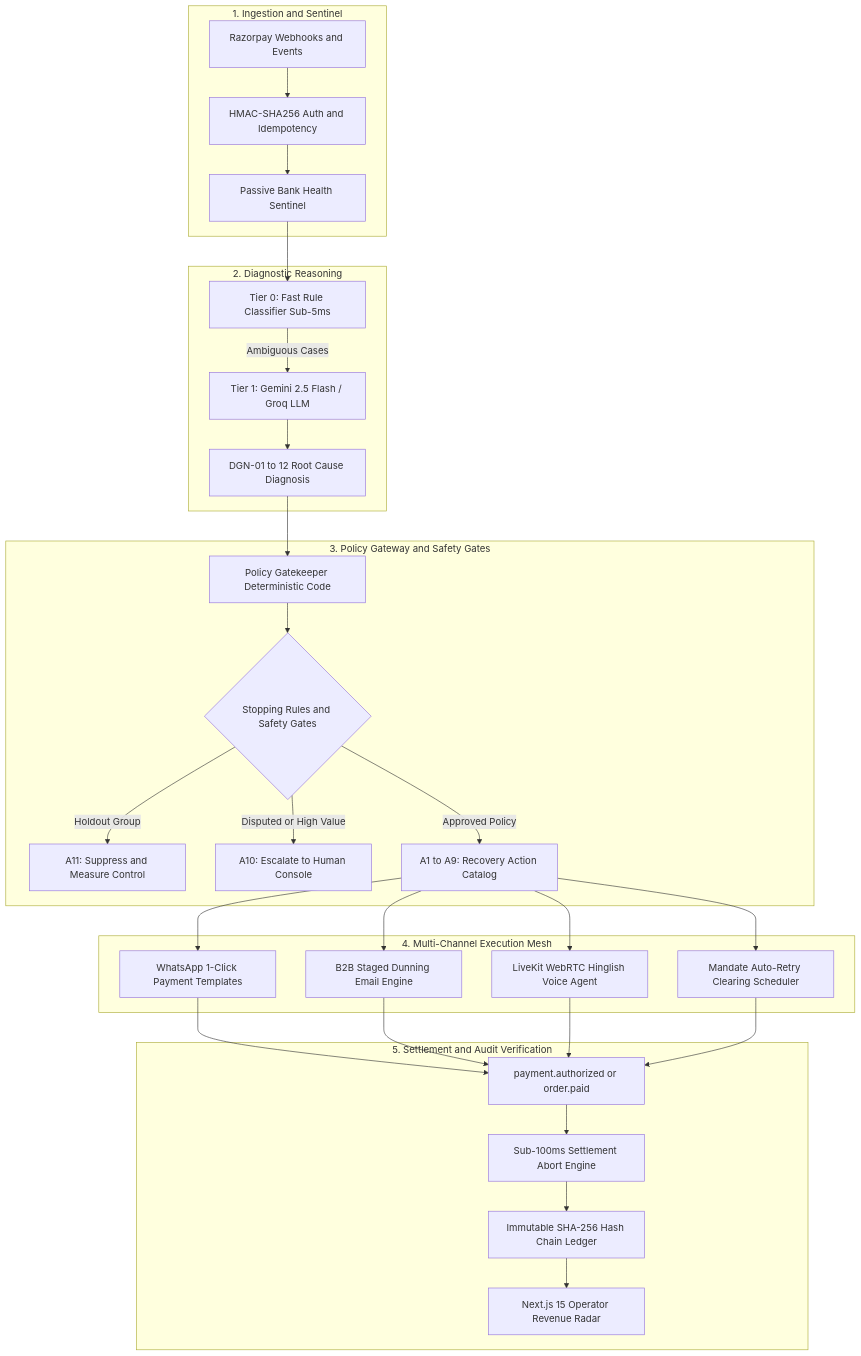
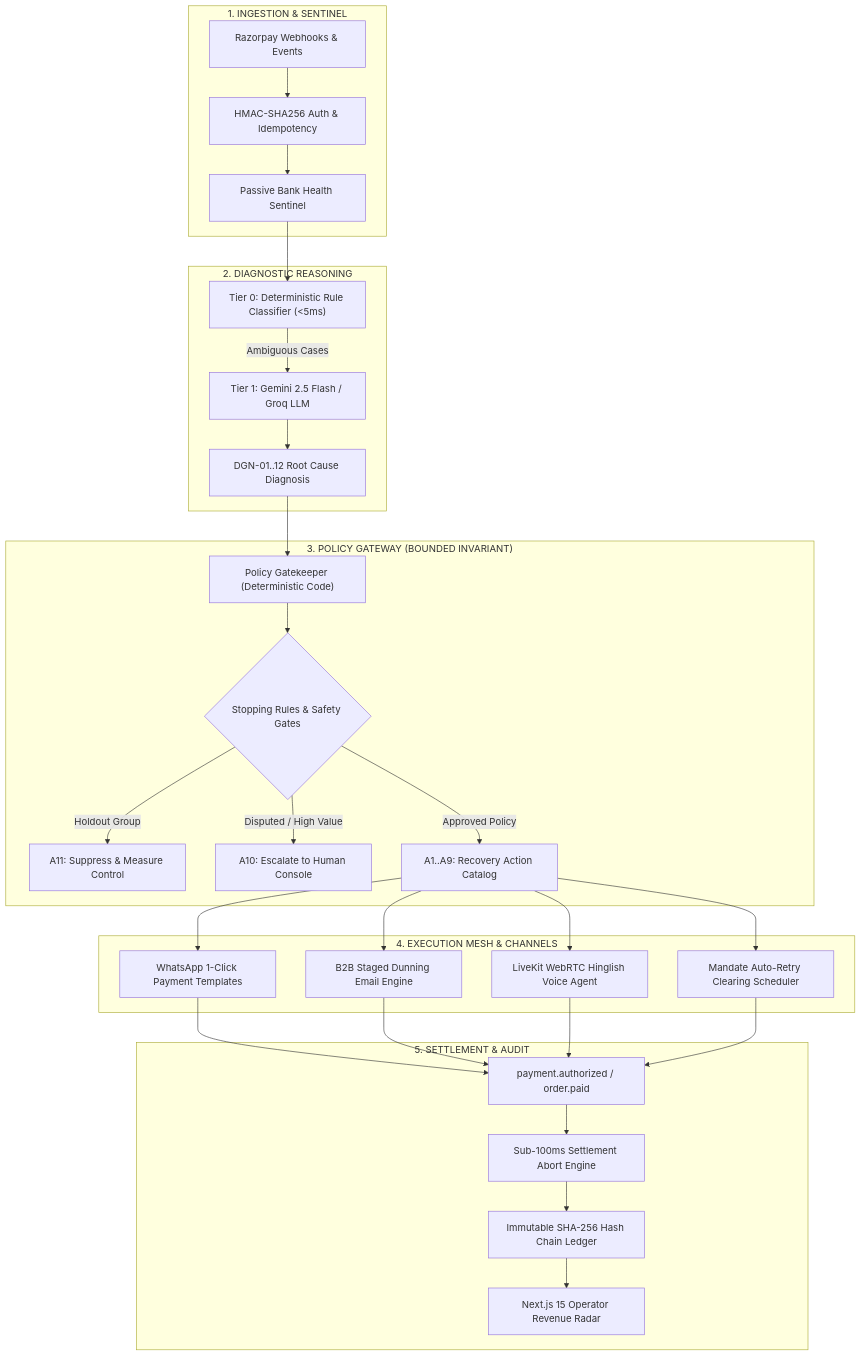
Before and after one commit to Adityaraj1969/Razorpay-Revenue-Recovery: the diagram in README.md, drawn with Mermaid. The commit also changed other lines of this file and 10 other files, not shown here.

Commit message:
fix(docs): restore pure Mermaid architecture diagram and activate all Mermaid charts across docs

````diff
--- a/README.md
+++ b/README.md
@@ -61,39 +39,39 @@
 ```mermaid
-graph TD
-    subgraph Ingestion [1. Ingestion and Sentinel]
-        A[Razorpay Webhooks and Events] --> B[HMAC-SHA256 Auth and Idempotency]
-        B --> C[Passive Bank Health Sentinel]
+flowchart TD
+    subgraph Ingestion ["1. INGESTION & SENTINEL"]
+        A["Razorpay Webhooks & Events"] --> B["HMAC-SHA256 Auth & Idempotency"]
+        B --> C["Passive Bank Health Sentinel"]
     end
 
-    subgraph Intelligence [2. Diagnostic Reasoning]
-        C --> D[Tier 0: Fast Rule Classifier Sub-5ms]
-        D -->|Ambiguous Cases| E[Tier 1: Gemini 2.5 Flash / Groq LLM]
-        E --> F[DGN-01 to 12 Root Cause Diagnosis]
+    subgraph Intelligence ["2. DIAGNOSTIC REASONING"]
+        C --> D["Tier 0: Deterministic Rule Classifier (&lt;5ms)"]
+        D -->|Ambiguous Cases| E["Tier 1: Gemini 2.5 Flash / Groq LLM"]
+        E --> F["DGN-01..12 Root Cause Diagnosis"]
     end
 
-    subgraph Governance [3. Policy Gateway and Safety Gates]
-        F --> G[Policy Gatekeeper Deterministic Code]
-        G --> H{Stopping Rules and Safety Gates}
-        H -->|Holdout Group| I[A11: Suppress and Measure Control]
-        H -->|Disputed or High Value| J[A10: Escalate to Human Console]
-        H -->|Approved Policy| K[A1 to A9: Recovery Action Catalog]
+    subgraph Governance ["3. POLICY GATEWAY (BOUNDED INVARIANT)"]
+        F --> G["Policy Gatekeeper (Deterministic Code)"]
+        G --> H{"Stopping Rules & Safety Gates"}
+        H -->|Holdout Group| I["A11: Suppress & Measure Control"]
+        H -->|Disputed / High Value| J["A10: Escalate to Human Console"]
+        H -->|Approved Policy| K["A1..A9: Recovery Action Catalog"]
     end
 
-    subgraph Channels [4. Multi-Channel Execution Mesh]
-        K --> L[WhatsApp 1-Click Payment Templates]
-        K --> M[B2B Staged Dunning Email Engine]
-        K --> N[LiveKit WebRTC Hinglish Voice Agent]
-        K --> O[Mandate Auto-Retry Clearing Scheduler]
+    subgraph Mesh ["4. EXECUTION MESH & CHANNELS"]
+        K --> L["WhatsApp 1-Click Payment Templates"]
+        K --> M["B2B Staged Dunning Email Engine"]
+        K --> N["LiveKit WebRTC Hinglish Voice Agent"]
+        K --> O["Mandate Auto-Retry Clearing Scheduler"]
     end
 
-    subgraph Settlement [5. Settlement and Audit Verification]
-        P[payment.authorized or order.paid] --> Q[Sub-100ms Settlement Abort Engine]
-        Q --> R[Immutable SHA-256 Hash Chain Ledger]
-        R --> S[Next.js 15 Operator Revenue Radar]
+    subgraph Verification ["5. SETTLEMENT & AUDIT"]
+        P["payment.authorized / order.paid"] --> Q["Sub-100ms Settlement Abort Engine"]
+        Q --> R["Immutable SHA-256 Hash Chain Ledger"]
+        R --> S["Next.js 15 Operator Revenue Radar"]
     end
 
     L --> P
     M --> P
     N --> P
     O --> P
 ```
````
